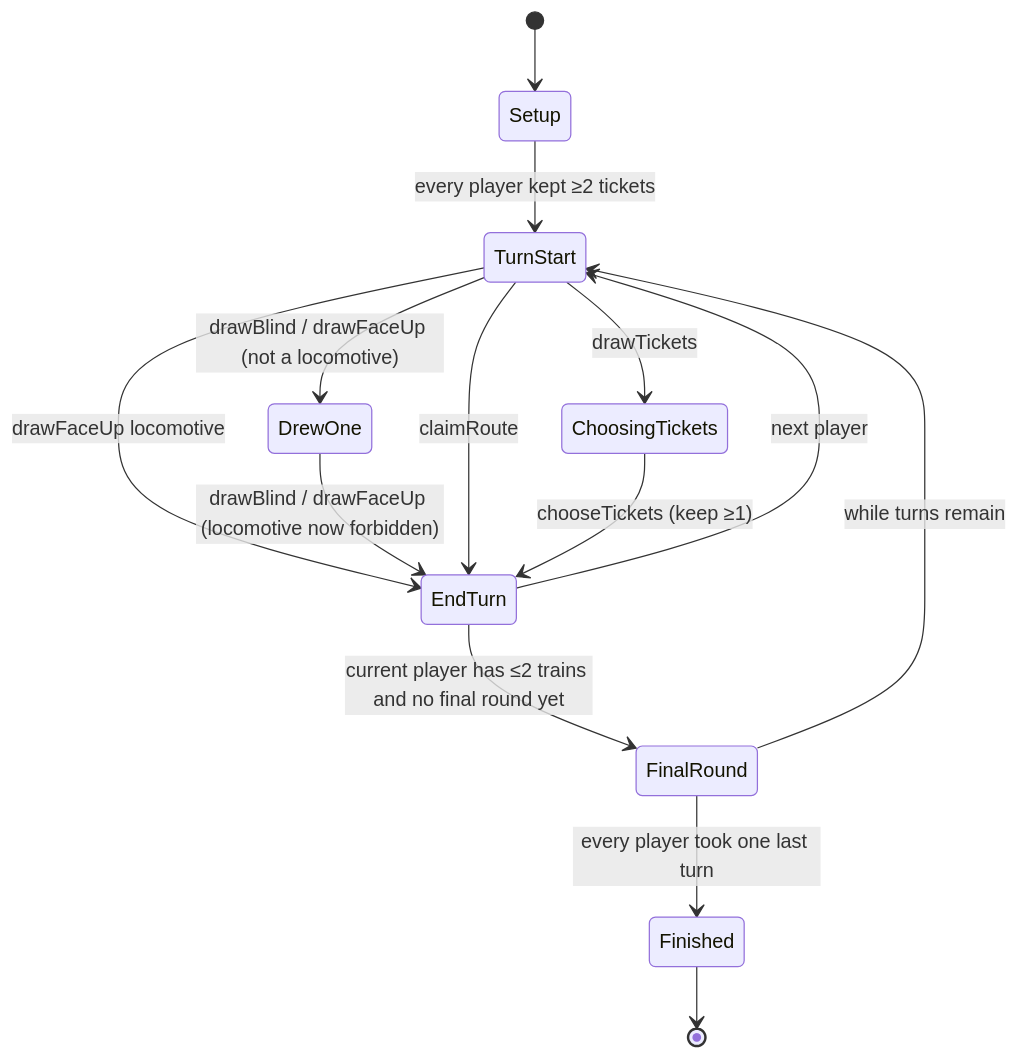
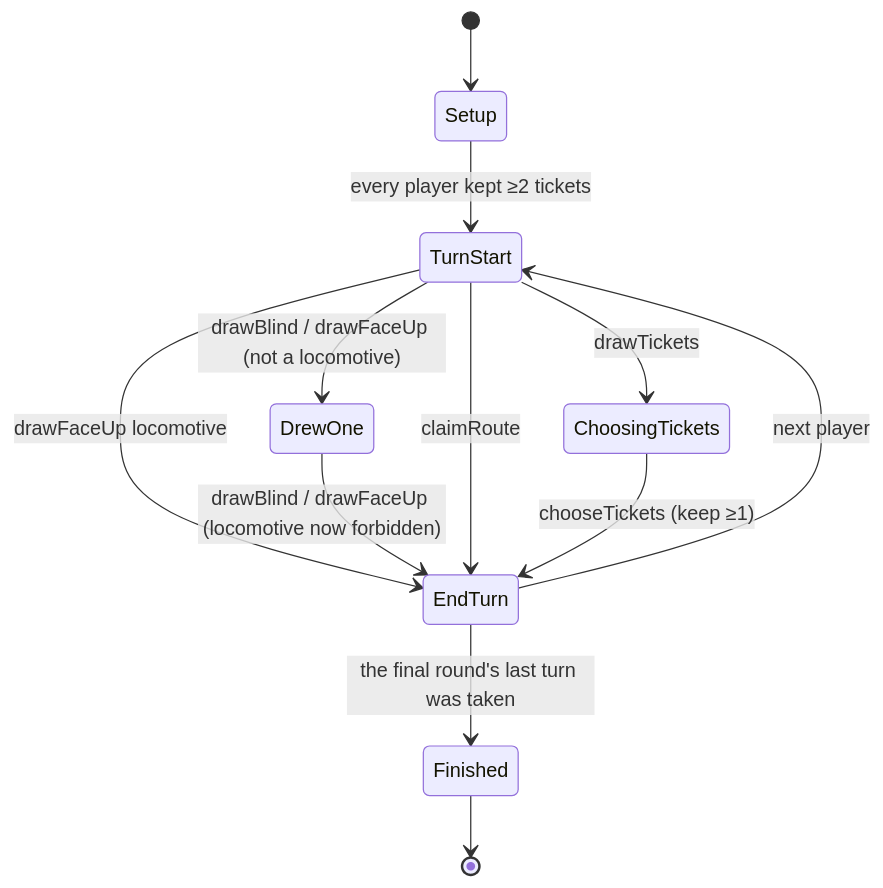
The third of 4 diagrams in docs/architecture.md (dettonijr/ticket-to-ride), drawn with Mermaid before and after one commit. The commit also changed other lines of this file and 3 other files, not shown here.

First line of the commit message:
Review: test rules, glossary wording and architecture doc drift

````diff
--- a/docs/architecture.md
+++ b/docs/architecture.md
@@ -139,16 +149,14 @@
 ```mermaid
 stateDiagram-v2
   [*] --> Setup
   Setup --> TurnStart : every player kept ≥2 tickets
   TurnStart --> DrewOne : drawBlind / drawFaceUp (not a locomotive)
   TurnStart --> EndTurn : drawFaceUp locomotive
   DrewOne --> EndTurn : drawBlind / drawFaceUp (locomotive now forbidden)
   TurnStart --> EndTurn : claimRoute
   TurnStart --> ChoosingTickets : drawTickets
   ChoosingTickets --> EndTurn : chooseTickets (keep ≥1)
   EndTurn --> TurnStart : next player
-  EndTurn --> FinalRound : current player has ≤2 trains and no final round yet
-  FinalRound --> TurnStart : while turns remain
-  FinalRound --> Finished : every player took one last turn
+  EndTurn --> Finished : the final round's last turn was taken
   Finished --> [*]
 ```
````
